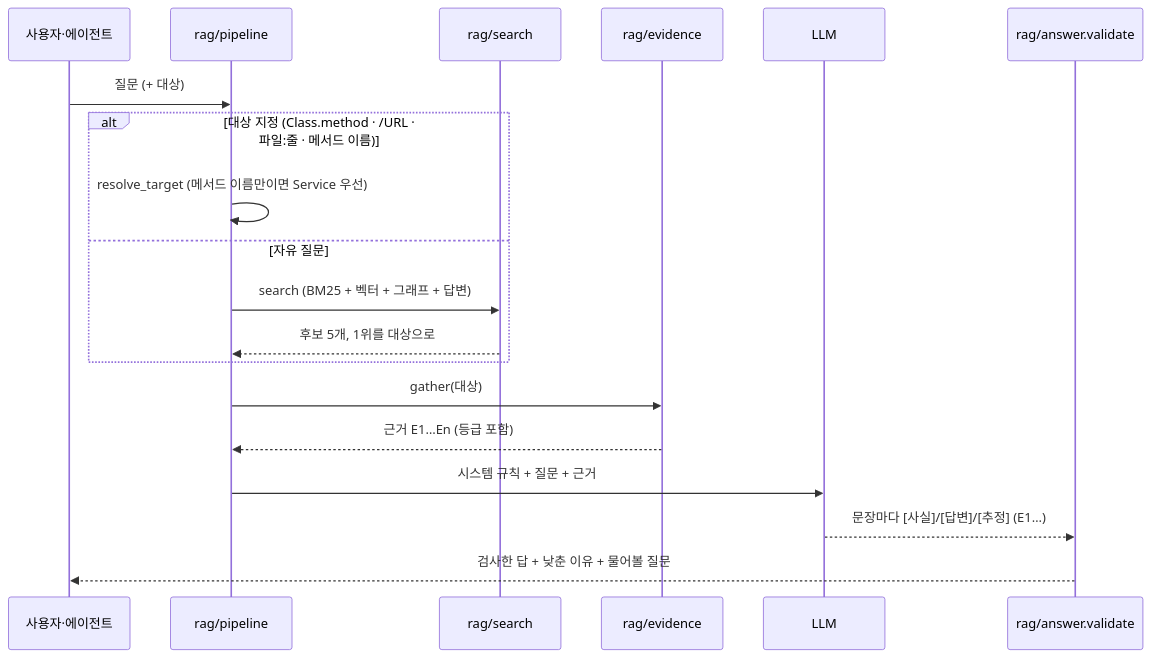
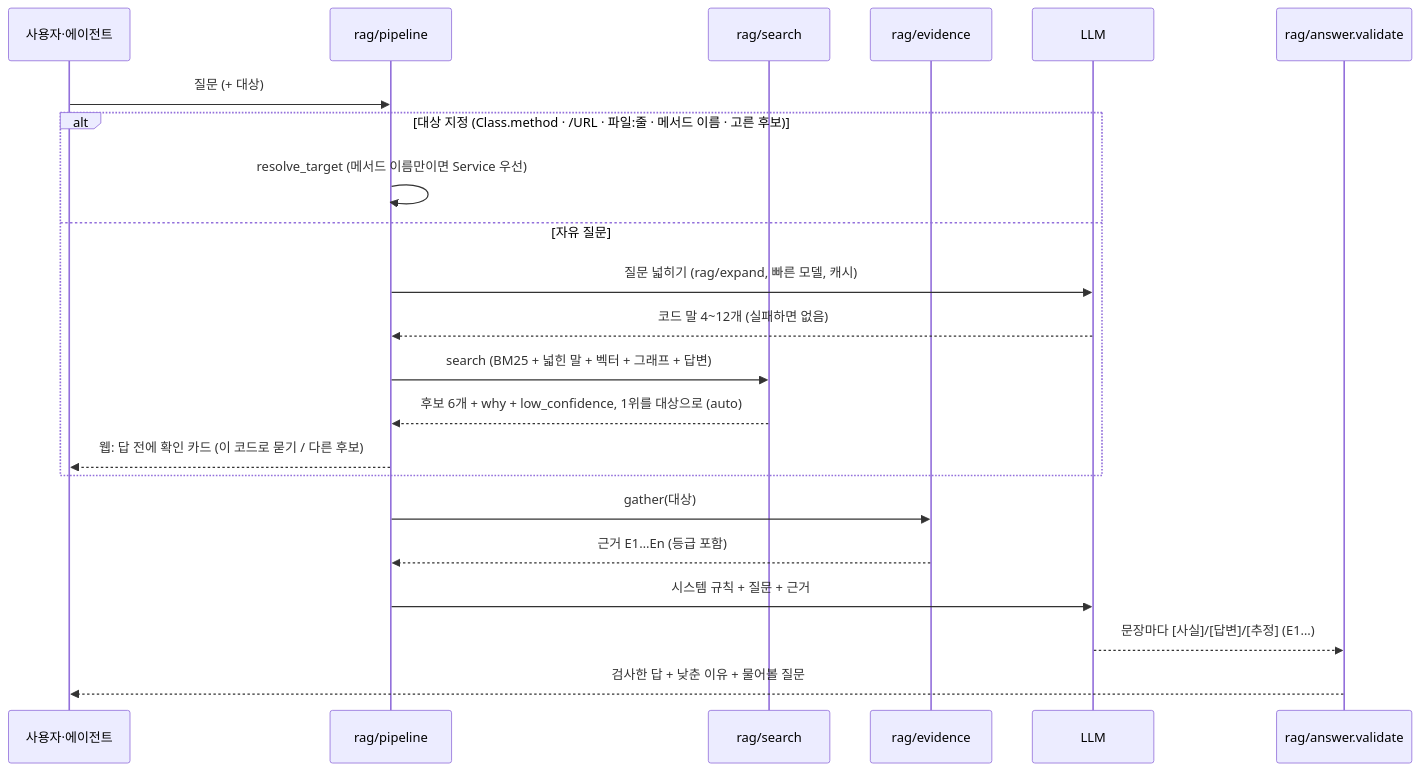
Before and after one commit to seungwook-kim/sasu-handover-agent: the third of 3 diagrams in docs/sdd.md, drawn with Mermaid. The commit also changed other lines of this file and 17 other files, not shown here.

````diff
--- a/docs/sdd.md
+++ b/docs/sdd.md
@@ -241,21 +246,24 @@
 ```mermaid
 sequenceDiagram
     participant U as 사용자·에이전트
     participant P as rag/pipeline
     participant S as rag/search
     participant E as rag/evidence
     participant L as LLM
     participant V as rag/answer.validate
     U->>P: 질문 (+ 대상)
-    alt 대상 지정 (Class.method · /URL · 파일:줄 · 메서드 이름)
+    alt 대상 지정 (Class.method · /URL · 파일:줄 · 메서드 이름 · 고른 후보)
         P->>P: resolve_target (메서드 이름만이면 Service 우선)
     else 자유 질문
-        P->>S: search (BM25 + 벡터 + 그래프 + 답변)
-        S-->>P: 후보 5개, 1위를 대상으로
+        P->>L: 질문 넓히기 (rag/expand, 빠른 모델, 캐시)
+        L-->>P: 코드 말 4~12개 (실패하면 없음)
+        P->>S: search (BM25 + 넓힌 말 + 벡터 + 그래프 + 답변)
+        S-->>P: 후보 6개 + why + low_confidence, 1위를 대상으로 (auto)
+        P-->>U: 웹: 답 전에 확인 카드 (이 코드로 묻기 / 다른 후보)
     end
     P->>E: gather(대상)
     E-->>P: 근거 E1…En (등급 포함)
     P->>L: 시스템 규칙 + 질문 + 근거
     L-->>V: 문장마다 [사실]/[답변]/[추정] (E1…)
     V-->>U: 검사한 답 + 낮춘 이유 + 물어볼 질문
 ```
````
